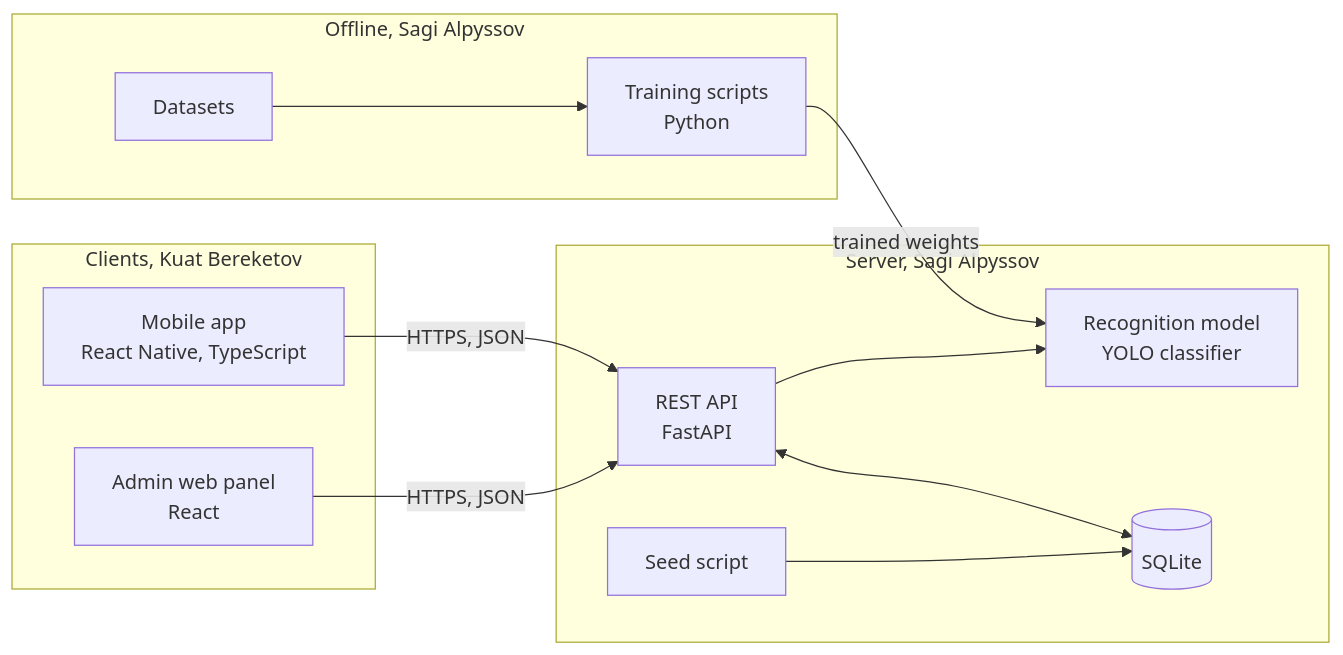
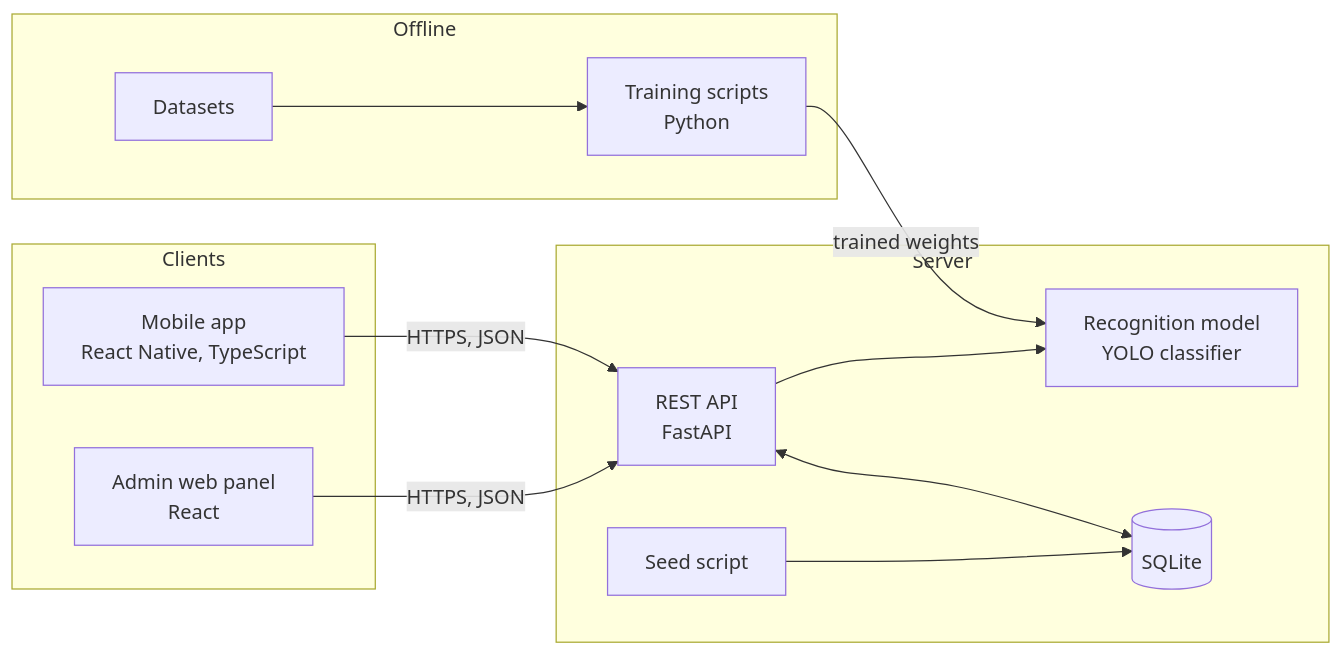
One commit to nlusn/Diploma-project changed the third of 5 diagrams in README.md. Above: the diagram before and after it, drawn with Mermaid. The commit also changed other lines of this file, not shown here.

````diff
--- a/README.md
+++ b/README.md
@@ -705,24 +695,24 @@
 ```mermaid
 flowchart LR
-    subgraph CLIENTS["Clients, Kuat Bereketov"]
+    subgraph CLIENTS["Clients"]
         MOB["Mobile app<br/>React Native, TypeScript"]
         ADM["Admin web panel<br/>React"]
     end
-    subgraph SERVER["Server, Sagi Alpyssov"]
+    subgraph SERVER["Server"]
         API["REST API<br/>FastAPI"]
         MOD["Recognition model<br/>YOLO classifier"]
         DB[("SQLite")]
         SEED["Seed script"]
     end
-    subgraph OFFLINE["Offline, Sagi Alpyssov"]
+    subgraph OFFLINE["Offline"]
         DATA["Datasets"]
         TRAIN["Training scripts<br/>Python"]
     end
     MOB -- "HTTPS, JSON" --> API
     ADM -- "HTTPS, JSON" --> API
     API --> MOD
     API <--> DB
     SEED --> DB
     DATA --> TRAIN
     TRAIN -- "trained weights" --> MOD
 ```
````
